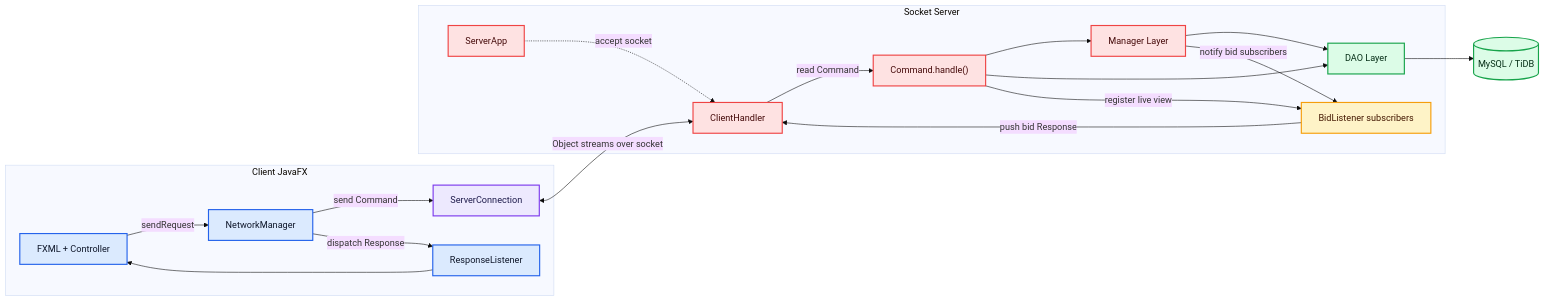
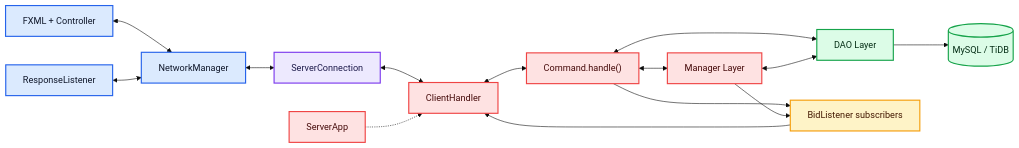
The diagram in README.md (vuminhlong15122007-lab/SnowFlake), drawn with Mermaid (base theme) before and after one commit.

Commit message:
update 01.20.07b : bản vá sơ đồ readme

````diff
--- a/README.md
+++ b/README.md
@@ -67,47 +67,40 @@
 ```mermaid
 flowchart LR
-    subgraph CLIENT["Client JavaFX"]
-        UI["FXML + Controller"]
-        RL["ResponseListener"]
-        NM["NetworkManager"]
-        SC["ServerConnection"]
+    UI["FXML + Controller"]
+    RL["ResponseListener"]
+    NM["NetworkManager"]
+    SC["ServerConnection"]
+    SA["ServerApp"]
+    CH["ClientHandler"]
+    CMD["Command.handle()"]
+    M["Manager Layer"]
+    DAO["DAO Layer"]
+    DB[("MySQL / TiDB")]
+    OBS["BidListener subscribers"]
 
-        UI -->|sendRequest| NM
-        NM -->|send Command| SC
-        NM -->|dispatch Response| RL
-        RL --> UI
-    end
-
-    subgraph SERVER["Socket Server"]
-        SA["ServerApp"]
-        CH["ClientHandler"]
-        CMD["Command.handle()"]
-        M["Manager Layer"]
-        DAO["DAO Layer"]
-        OBS["BidListener subscribers"]
-
-        SA -.->|accept socket| CH
-        CH -->|read Command| CMD
-        CMD --> M
-        CMD --> DAO
-        M --> DAO
-        CMD -->|register live view| OBS
-        M -->|notify bid subscribers| OBS
-        OBS -->|push bid Response| CH
-    end
-
-    SC <-->|Object streams over socket| CH
-    DAO --> DB[("MySQL / TiDB")]
+    UI <--> NM
+    RL <--> NM
+    NM <--> SC
+    SC <--> CH
+    SA -.-> CH
+    CH <--> CMD
+    CMD <--> M
+    CMD <--> DAO
+    M <--> DAO
+    DAO --> DB
+    CMD --> OBS
+    M --> OBS
+    OBS --> CH
 
     classDef client fill:#dbeafe,stroke:#2563eb,stroke-width:2px,color:#0f172a
     classDef socket fill:#ede9fe,stroke:#7c3aed,stroke-width:2px,color:#1e1b4b
     classDef server fill:#fee2e2,stroke:#ef4444,stroke-width:2px,color:#450a0a
     classDef data fill:#dcfce7,stroke:#16a34a,stroke-width:2px,color:#052e16
     classDef realtime fill:#fef3c7,stroke:#f59e0b,stroke-width:2px,color:#451a03
 
     class UI,RL,NM client
     class SC socket
     class SA,CH,CMD,M server
     class DAO,DB data
     class OBS realtime
 ```
````
